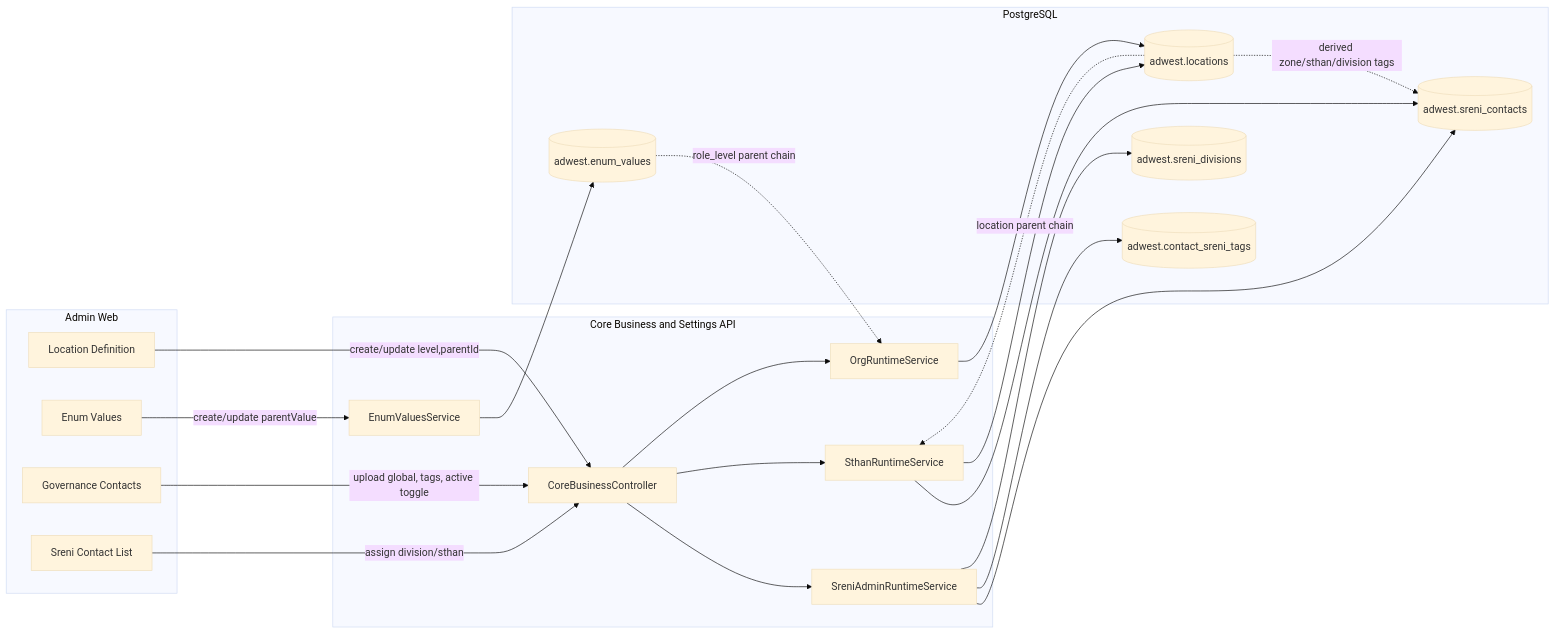
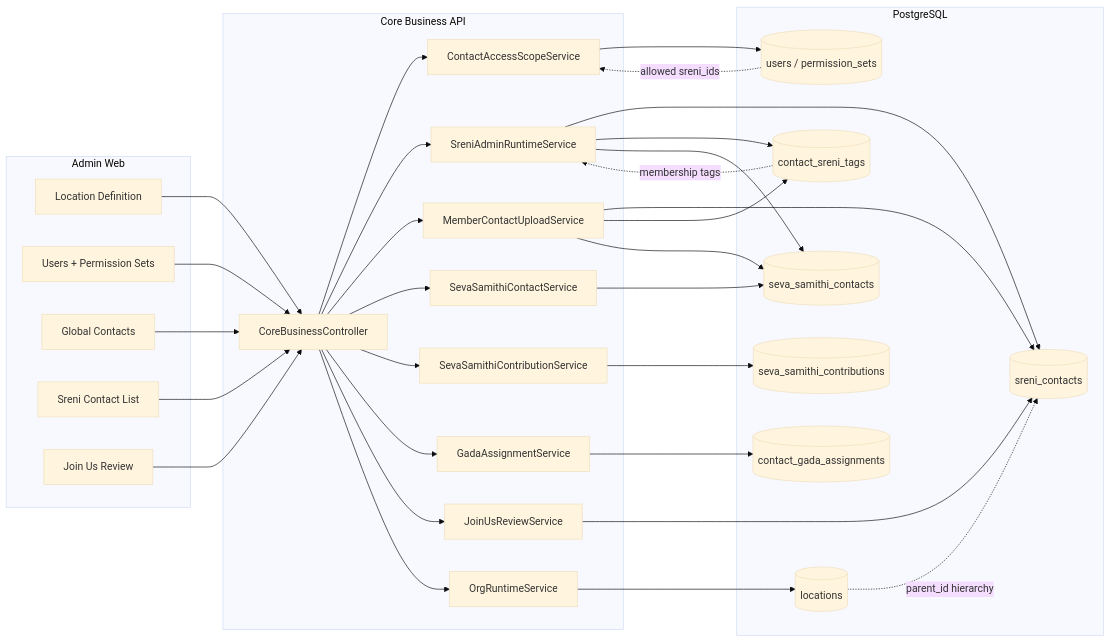
One commit to krkscm/ad-west changed the diagram in ad-docs/application-documentation/diagrams/backend-contact-location-hierarchy.md. Above: the diagram before and after it, drawn with Mermaid (base theme). The commit also changed other lines of this file and 98 other files, not shown here.

````diff
--- a/ad-docs/application-documentation/diagrams/backend-contact-location-hierarchy.md
+++ b/ad-docs/application-documentation/diagrams/backend-contact-location-hierarchy.md
@@ -3,46 +3,64 @@
 ```mermaid
 flowchart LR
   subgraph Web[Admin Web]
     UI1[Location Definition]
-    UI2[Enum Values]
-    UI3[Governance Contacts]
+    UI2[Users + Permission Sets]
+    UI3[Global Contacts]
     UI4[Sreni Contact List]
+    UI5[Join Us Review]
   end
 
-  subgraph API[Core Business and Settings API]
+  subgraph API[Core Business API]
     C1[CoreBusinessController]
+    CAS[ContactAccessScopeService]
     S1[SreniAdminRuntimeService]
-    S2[SthanRuntimeService]
+    UP[MemberContactUploadService]
+    SS[SevaSamithiContactService]
+    SC[SevaSamithiContributionService]
+    GA[GadaAssignmentService]
+    JU[JoinUsReviewService]
     O1[OrgRuntimeService]
-    E1[EnumValuesService]
   end
 
   subgraph DB[PostgreSQL]
-    T1[(adwest.locations)]
-    T2[(adwest.enum_values)]
-    T3[(adwest.sreni_contacts)]
-    T4[(adwest.contact_sreni_tags)]
-    T5[(adwest.sreni_divisions)]
+    T1[(locations)]
+    T2[(users / permission_sets)]
+    T3[(sreni_contacts)]
+    T4[(contact_sreni_tags)]
+    T5[(seva_samithi_contacts)]
+    T6[(seva_samithi_contributions)]
+    T7[(contact_gada_assignments)]
   end
 
-  UI1 -->|create/update level,parentId| C1
-  UI2 -->|create/update parentValue| E1
-  UI3 -->|upload global, tags, active toggle| C1
-  UI4 -->|assign division/sthan| C1
+  UI1 --> C1
+  UI2 --> C1
+  UI3 --> C1
+  UI4 --> C1
+  UI5 --> C1
 
+  C1 --> CAS
+  CAS --> T2
   C1 --> S1
-  C1 --> S2
+  C1 --> UP
+  C1 --> SS
+  C1 --> SC
+  C1 --> GA
+  C1 --> JU
   C1 --> O1
 
-  O1 --> T1
-  E1 --> T2
+  UP --> T3
+  UP --> T4
+  UP --> T5
   S1 --> T3
   S1 --> T4
   S1 --> T5
-  S2 --> T3
-  S2 --> T1
+  SS --> T5
+  SC --> T6
+  GA --> T7
+  JU --> T3
+  O1 --> T1
 
-  T2 -. role_level parent chain .-> O1
-  T1 -. location parent chain .-> S2
-  T1 -. derived zone/sthan/division tags .-> T3
+  T1 -. parent_id hierarchy .-> T3
+  T2 -. allowed sreni_ids .-> CAS
+  T4 -. membership tags .-> S1
 ```
````
